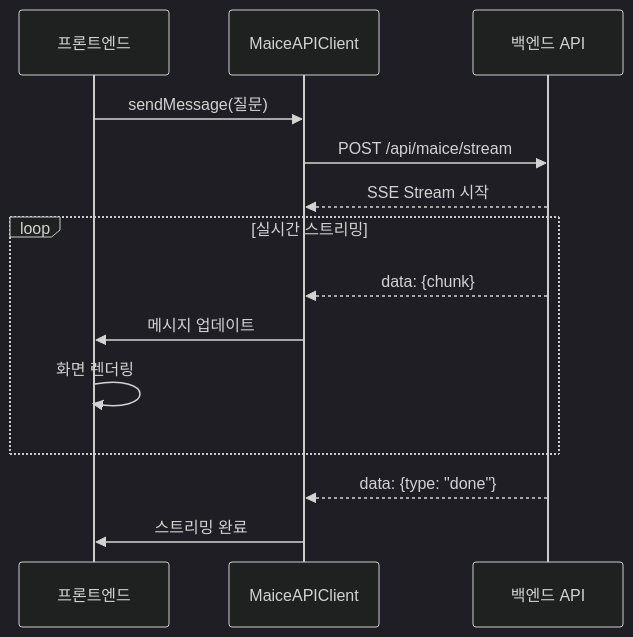
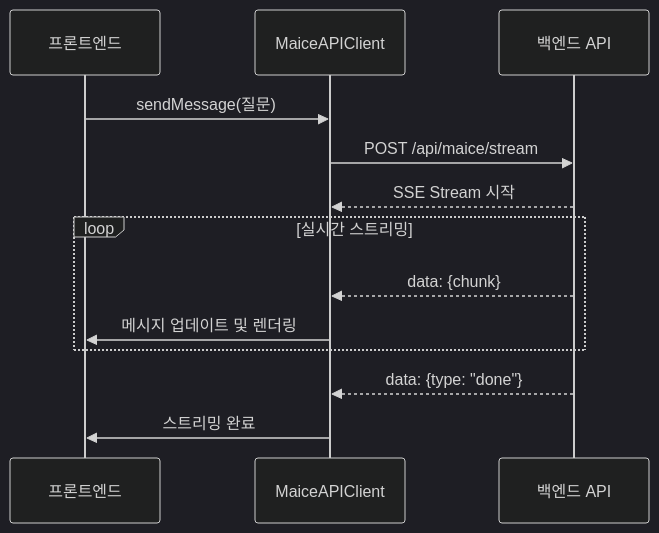
Before and after one commit to KimKyuBong/maice-paper-deploy: the fourth of 16 diagrams in docs/chapters/04-system-implementation.md, drawn with Mermaid (dark theme). The commit also changed other lines of this file and 1 other file, not shown here.

First line of the commit message:
4장 기술 아키텍처 다이어그램 대폭 개선

````diff
--- a/docs/chapters/04-system-implementation.md
+++ b/docs/chapters/04-system-implementation.md
@@ -190,19 +208,18 @@
 ```mermaid
 sequenceDiagram
     participant UI as 프론트엔드
     participant API as MaiceAPIClient
     participant BE as 백엔드 API
     
     UI->>API: sendMessage(질문)
     API->>BE: POST /api/maice/stream
     BE-->>API: SSE Stream 시작
     
     loop 실시간 스트리밍
         BE-->>API: data: {chunk}
-        API->>UI: 메시지 업데이트
-        UI->>UI: 화면 렌더링
+        API->>UI: 메시지 업데이트 및 렌더링
     end
     
     BE-->>API: data: {type: "done"}
     API->>UI: 스트리밍 완료
 ```
````
